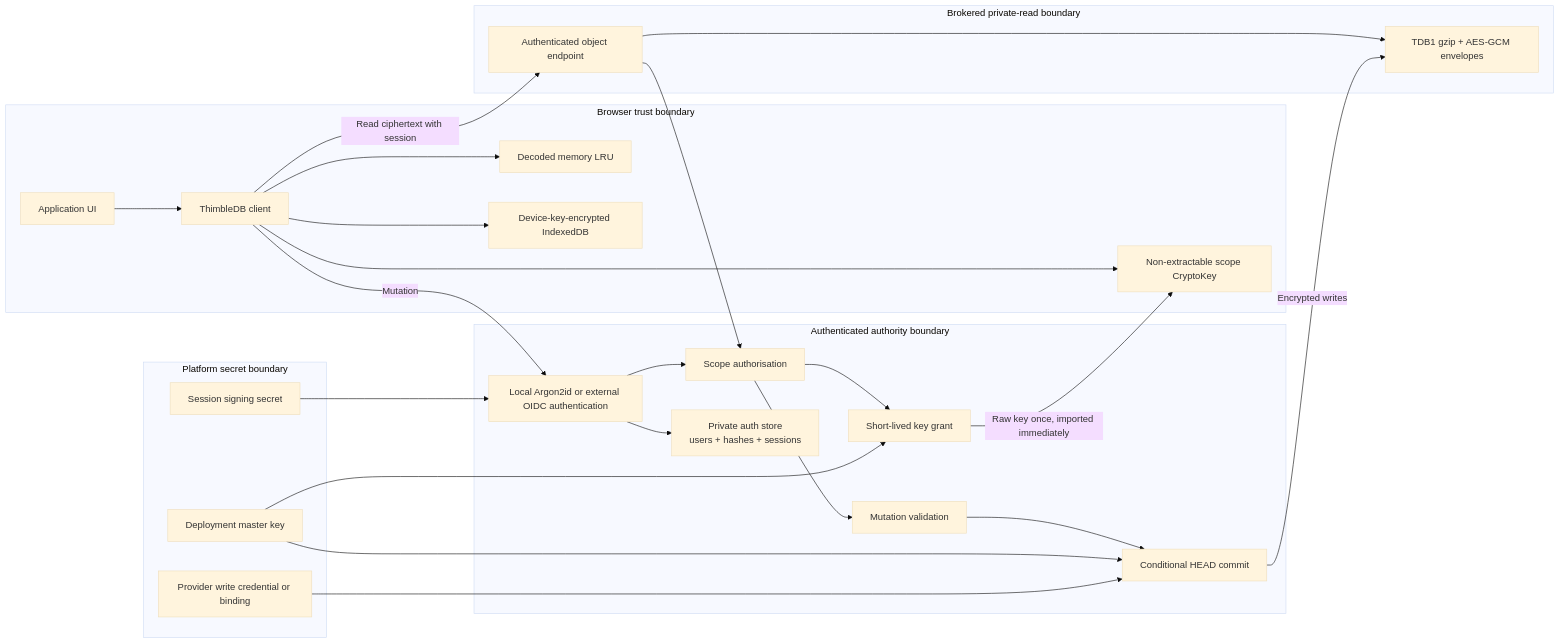
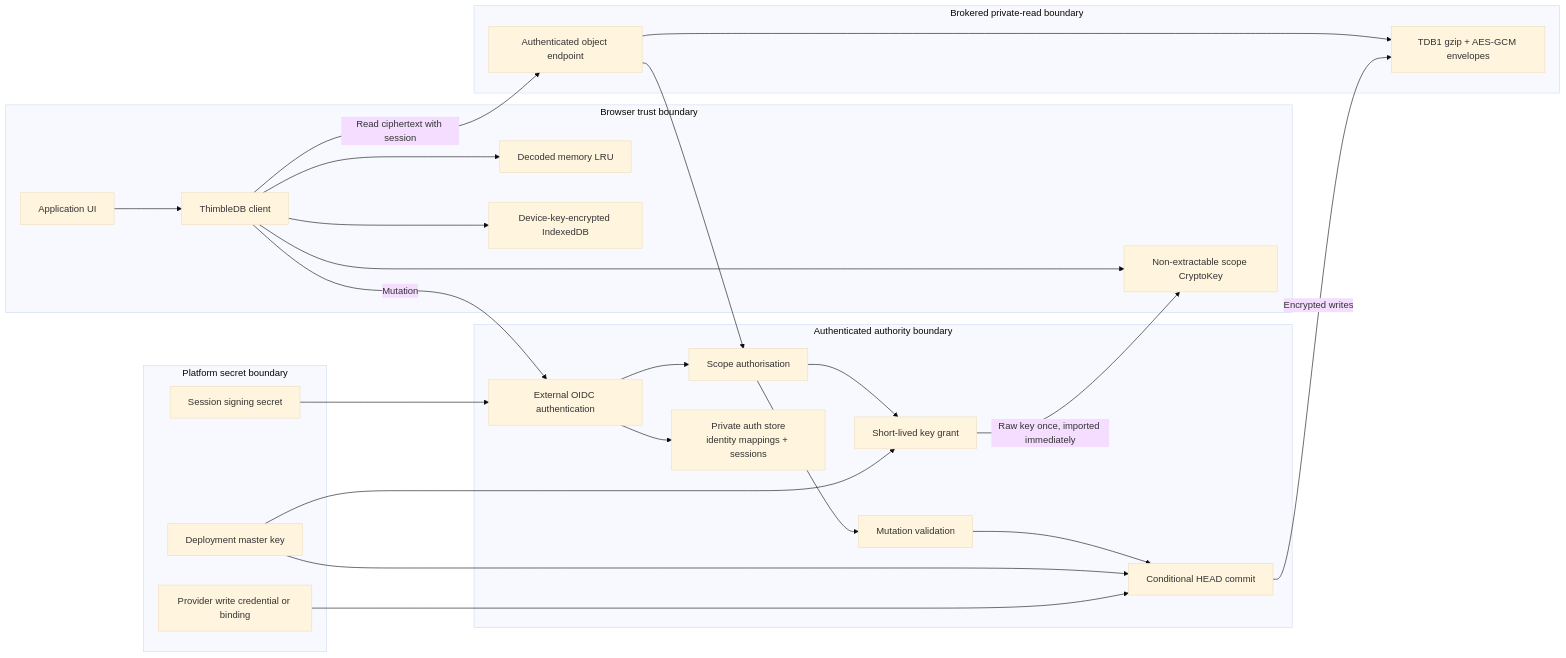
The first of 7 diagrams in docs/DIAGRAMS.md (Jason-Doyle/thimble), drawn with Mermaid (base theme) before and after one commit. The commit also changed other lines of this file and 42 other files, not shown here.

First line of the commit message:
Delegate authentication to OIDC providers

````diff
--- a/docs/DIAGRAMS.md
+++ b/docs/DIAGRAMS.md
@@ -7,52 +7,52 @@
 ```mermaid
 flowchart LR
   subgraph Browser["Browser trust boundary"]
     UI["Application UI"]
     Client["ThimbleDB client"]
     Memory["Decoded memory LRU"]
     IDB["Device-key-encrypted IndexedDB"]
     ScopeKey["Non-extractable scope CryptoKey"]
 
     UI --> Client
     Client --> Memory
     Client --> IDB
     Client --> ScopeKey
   end
 
   subgraph BrokeredRead["Brokered private-read boundary"]
     CDN["Authenticated object endpoint"]
     Objects["TDB1 gzip + AES-GCM envelopes"]
     CDN --> Objects
   end
 
   subgraph Authority["Authenticated authority boundary"]
-    Auth["Local Argon2id or external OIDC authentication"]
+    Auth["External OIDC authentication"]
     Authorise["Scope authorisation"]
     KeyGrant["Short-lived key grant"]
     Validate["Mutation validation"]
     Commit["Conditional HEAD commit"]
-    AuthStore["Private auth store<br/>users + hashes + sessions"]
+    AuthStore["Private auth store<br/>identity mappings + sessions"]
 
     Auth --> AuthStore
     Auth --> Authorise
     Authorise --> KeyGrant
     Authorise --> Validate
     Validate --> Commit
   end
 
   subgraph Secrets["Platform secret boundary"]
     Master["Deployment master key"]
     Session["Session signing secret"]
     WriteCreds["Provider write credential or binding"]
   end
 
   Client -- "Read ciphertext with session" --> CDN
   CDN --> Authorise
   Client -- "Mutation" --> Auth
   KeyGrant -- "Raw key once, imported immediately" --> ScopeKey
   Commit -- "Encrypted writes" --> Objects
   Master --> KeyGrant
   Master --> Commit
   Session --> Auth
   WriteCreds --> Commit
 ```
````
